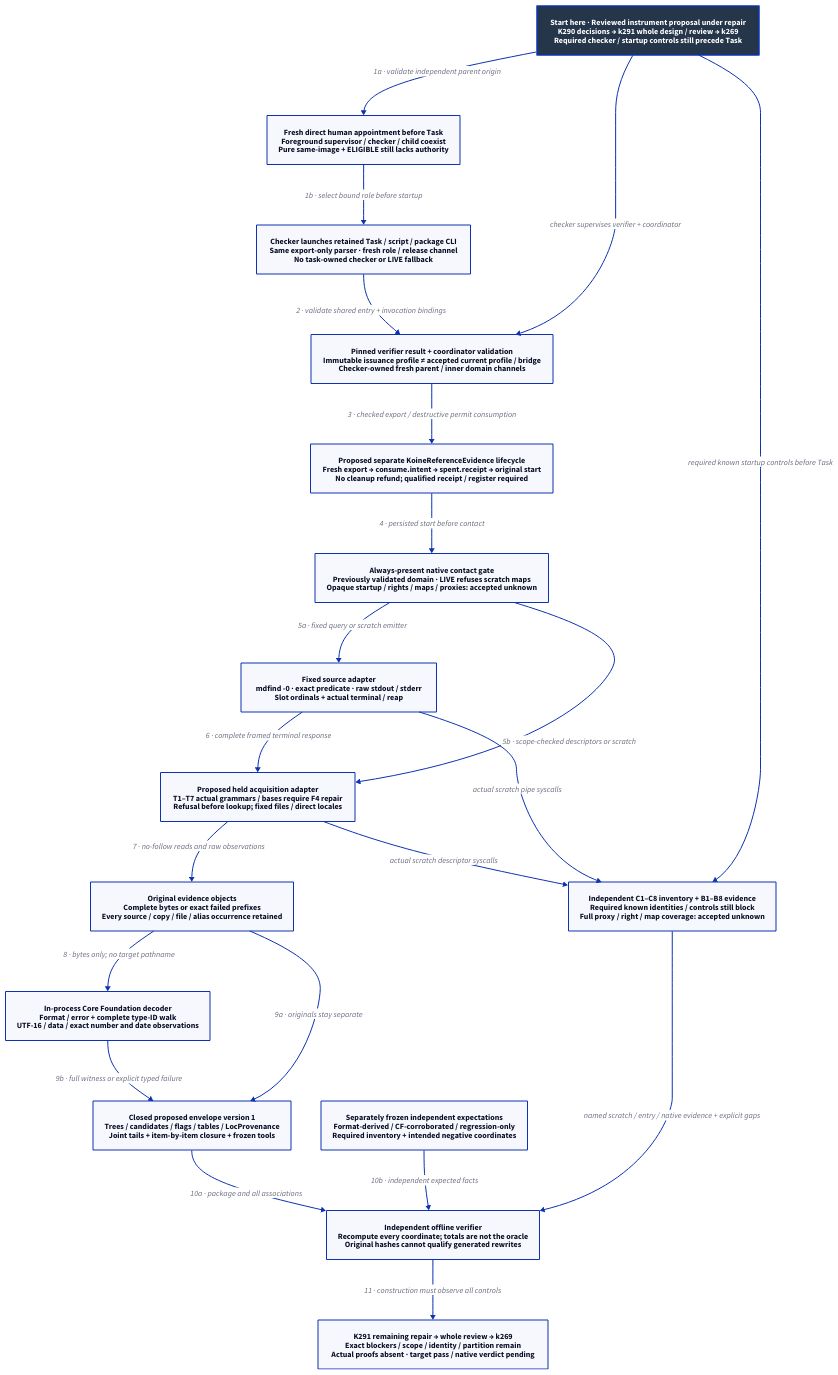
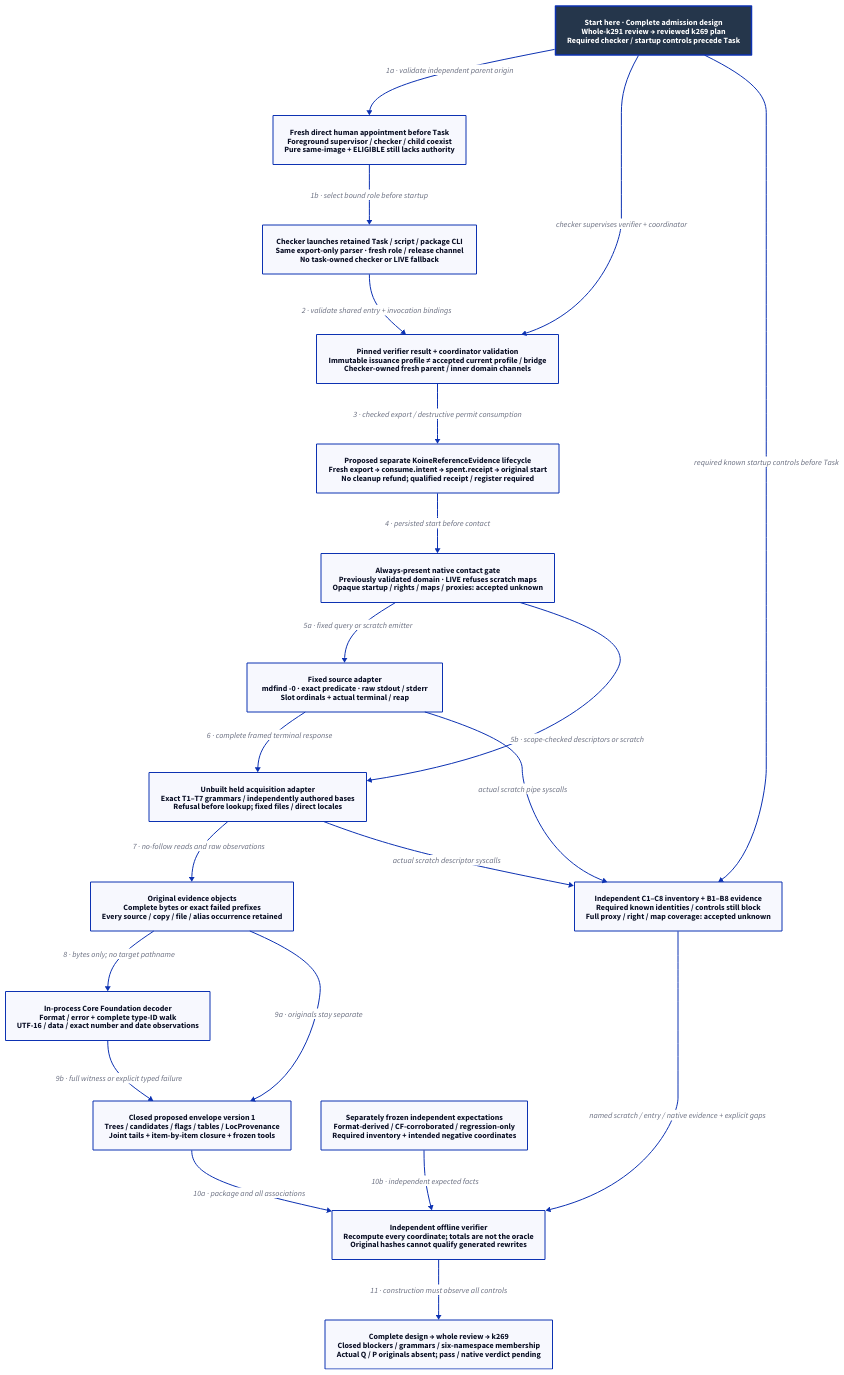
The diagram in docs/design/architecture/native-reference-instrument.d2 (Linkuistics/Koine), drawn with D2 before and after one commit. The commit also changed 21 other files, not shown here.

```diff
--- a/docs/design/architecture/native-reference-instrument.d2
+++ b/docs/design/architecture/native-reference-instrument.d2
@@ -1,40 +1,40 @@
 # Proposed evidence-tool components; none is implemented or qualified by this design.
 direction: down
 classes: {
   start: {style: {fill: "#25364B"; font-color: "#FFFFFF"; bold: true; stroke-width: 3}}
 }
-Start: "Start here · Reviewed instrument proposal under repair\nK290 decisions → k291 whole design / review → k269\nRequired checker / startup controls still precede Task" {class: start}
+Start: "Start here · Complete admission design\nWhole-k291 review → reviewed k269 plan\nRequired checker / startup controls precede Task" {class: start}
 Role: "Fresh direct human appointment before Task\nForeground supervisor / checker / child coexist\nPure same-image + ELIGIBLE still lacks authority"
 Task: "Checker launches retained Task / script / package CLI\nSame export-only parser · fresh role / release channel\nNo task-owned checker or LIVE fallback"
 Admission: "Pinned verifier result + coordinator validation\nImmutable issuance profile ≠ accepted current profile / bridge\nChecker-owned fresh parent / inner domain channels"
 Authority: "Proposed separate KoineReferenceEvidence lifecycle\nFresh export → consume.intent → spent.receipt → original start\nNo cleanup refund; qualified receipt / register required"
 Gate: "Always-present native contact gate\nPreviously validated domain · LIVE refuses scratch maps\nOpaque startup / rights / maps / proxies: accepted unknown"
 Source: "Fixed source adapter\nmdfind -0 · exact predicate · raw stdout / stderr\nSlot ordinals + actual terminal / reap"
-Held: "Proposed held acquisition adapter\nT1–T7 actual grammars / bases require F4 repair\nRefusal before lookup; fixed files / direct locales"
+Held: "Unbuilt held acquisition adapter\nExact T1–T7 grammars / independently authored bases\nRefusal before lookup; fixed files / direct locales"
 Objects: "Original evidence objects\nComplete bytes or exact failed prefixes\nEvery source / copy / file / alias occurrence retained"
 Decoder: "In-process Core Foundation decoder\nFormat / error + complete type-ID walk\nUTF-16 / data / exact number and date observations"
 Envelope: "Closed proposed envelope version 1\nTrees / candidates / flags / tables / LocProvenance\nJoint tails + item-by-item closure + frozen tools"
 Oracle: "Separately frozen independent expectations\nFormat-derived / CF-corroborated / regression-only\nRequired inventory + intended negative coordinates"
 Observer: "Independent C1–C8 inventory + B1–B8 evidence\nRequired known identities / controls still block\nFull proxy / right / map coverage: accepted unknown"
 Verifier: "Independent offline verifier\nRecompute every coordinate; totals are not the oracle\nOriginal hashes cannot qualify generated rewrites"
-Boundary: "K291 remaining repair → whole review → k269\nExact blockers / scope / identity / partition remain\nActual proofs absent · target pass / native verdict pending"
+Boundary: "Complete design → whole review → k269\nClosed blockers / grammars / six-namespace membership\nActual Q / P originals absent; pass / native verdict pending"
 Start -> Role: "1a · validate independent parent origin"
 Role -> Task: "1b · select bound role before startup"
 Start -> Admission: "checker supervises verifier + coordinator"
 Start -> Observer: "required known startup controls before Task"
 Task -> Admission: "2 · validate shared entry + invocation bindings"
 Admission -> Authority: "3 · checked export / destructive permit consumption"
 Authority -> Gate: "4 · persisted start before contact"
 Gate -> Source: "5a · fixed query or scratch emitter"
 Gate -> Held: "5b · scope-checked descriptors or scratch"
 Source -> Held: "6 · complete framed terminal response"
 Held -> Objects: "7 · no-follow reads and raw observations"
 Objects -> Decoder: "8 · bytes only; no target pathname"
 Objects -> Envelope: "9a · originals stay separate"
 Decoder -> Envelope: "9b · full witness or explicit typed failure"
 Envelope -> Verifier: "10a · package and all associations"
 Oracle -> Verifier: "10b · independent expected facts"
 Source -> Observer: "actual scratch pipe syscalls"
 Held -> Observer: "actual scratch descriptor syscalls"
 Observer -> Verifier: "named scratch / entry / native evidence + explicit gaps"
 Verifier -> Boundary: "11 · construction must observe all controls"
```
